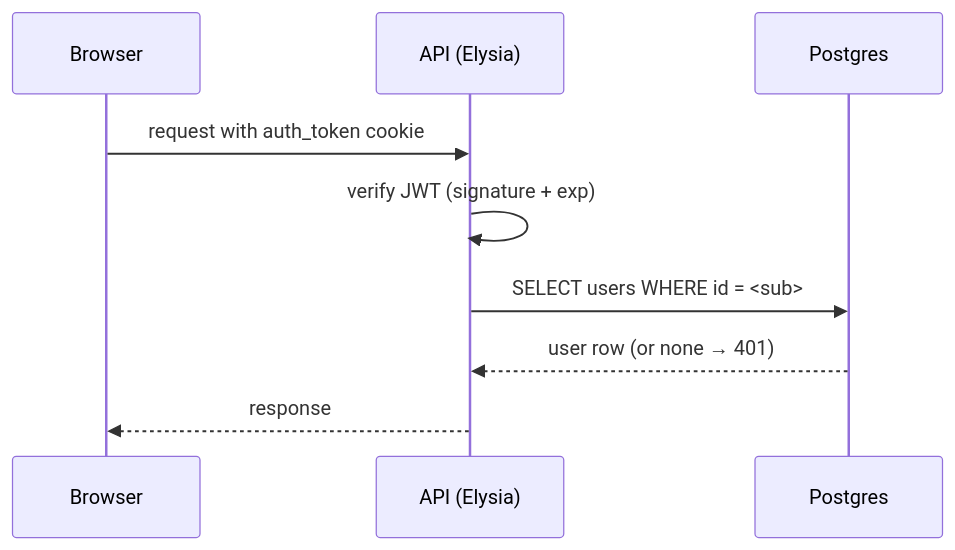
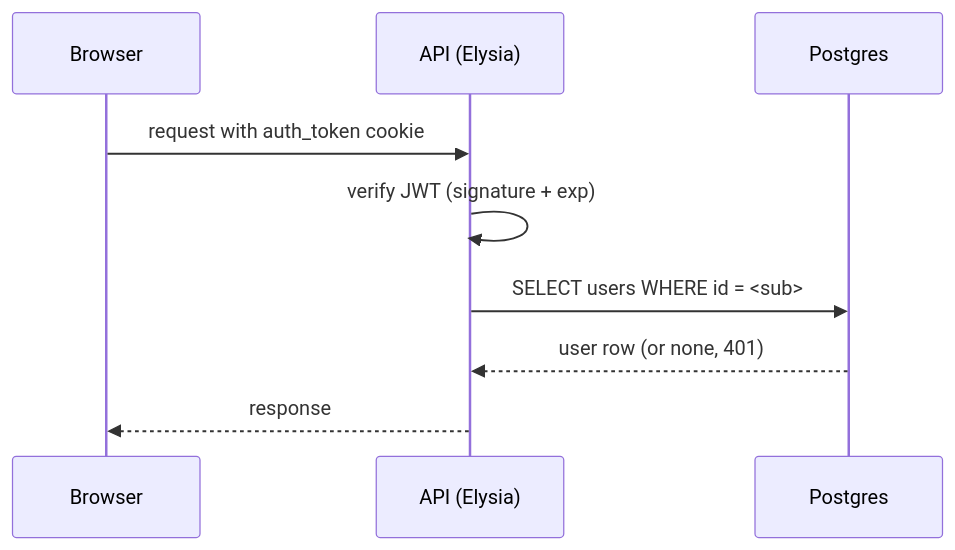
Before and after one commit to AI-Starter-Templates/.github: the second of 4 diagrams in src/content/docs/api/auth.mdx, drawn with Mermaid. The commit also changed other lines of this file, not shown here.

````diff
--- a/src/content/docs/api/auth.mdx
+++ b/src/content/docs/api/auth.mdx
@@ -62,11 +62,11 @@
 ```mermaid
 sequenceDiagram
   participant B as Browser
   participant API as API (Elysia)
   participant DB as Postgres
   B->>API: request with auth_token cookie
   API->>API: verify JWT (signature + exp)
   API->>DB: SELECT users WHERE id = <sub>
-  DB-->>API: user row (or none → 401)
+  DB-->>API: user row (or none, 401)
   API-->>B: response
 ```
````
